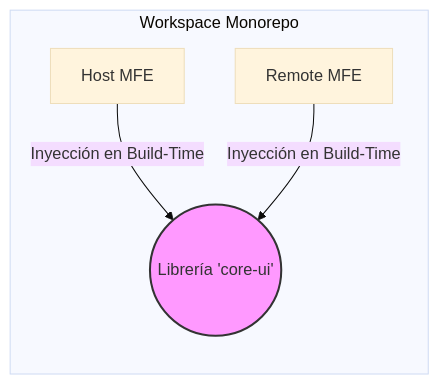
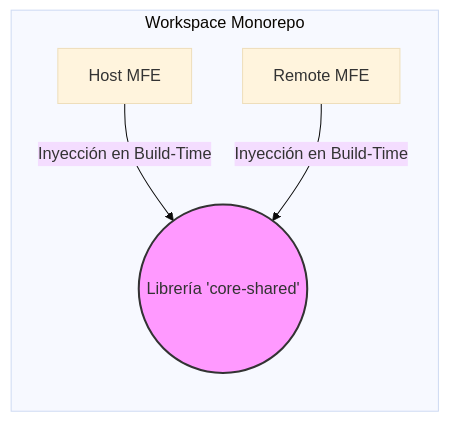
The second of 4 diagrams in README.md (Alexander2305Potosi/microfront-github), drawn with Mermaid (base theme) before and after one commit. The commit also changed other lines of this file and 24 other files, not shown here.

Commit message:
feat(core-shared): refactor transversal library to include auth and ui, update README

````diff
--- a/README.md
+++ b/README.md
@@ -63,13 +63,13 @@
 ```mermaid
 graph LR
     subgraph Workspace Monorepo
         A[Host MFE]
         B[Remote MFE]
-        C((Librería 'core-ui'))
+        C((Librería 'core-shared'))
     end
     
     A -->|Inyección en Build-Time| C
     B -->|Inyección en Build-Time| C
     
     style C fill:#f9f,stroke:#333,stroke-width:2px
 ```
````
